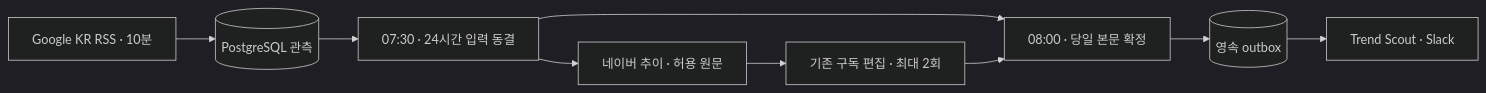
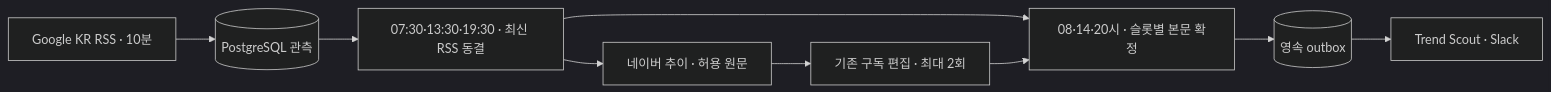
Before and after one commit to JJongAchii/quant-ai-company: the diagram in docs/trend-feed.md, drawn with Mermaid (dark theme). The commit also changed other lines of this file and 31 other files, not shown here.

````diff
--- a/docs/trend-feed.md
+++ b/docs/trend-feed.md
@@ -65,10 +70,10 @@
 ```mermaid
 flowchart LR
     G[Google KR RSS · 10분] --> P[(PostgreSQL 관측)]
-    P --> F[07:30 · 24시간 입력 동결]
+    P --> F[07:30·13:30·19:30 · 최신 RSS 동결]
     F --> N[네이버 추이 · 허용 원문]
     N --> E[기존 구독 편집 · 최대 2회]
-    F --> D[08:00 · 당일 본문 확정]
+    F --> D[08·14·20시 · 슬롯별 본문 확정]
     E --> D
     D --> O[(영속 outbox)] --> S[Trend Scout · Slack]
 ```
````
